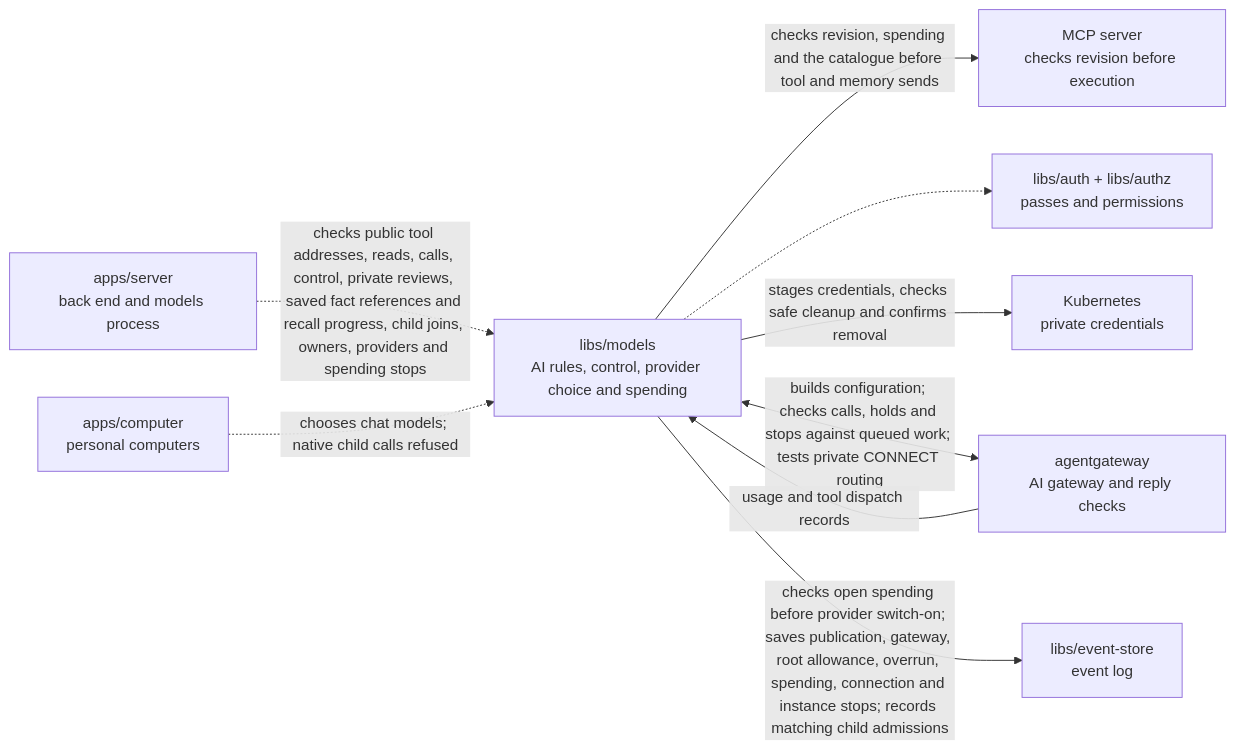
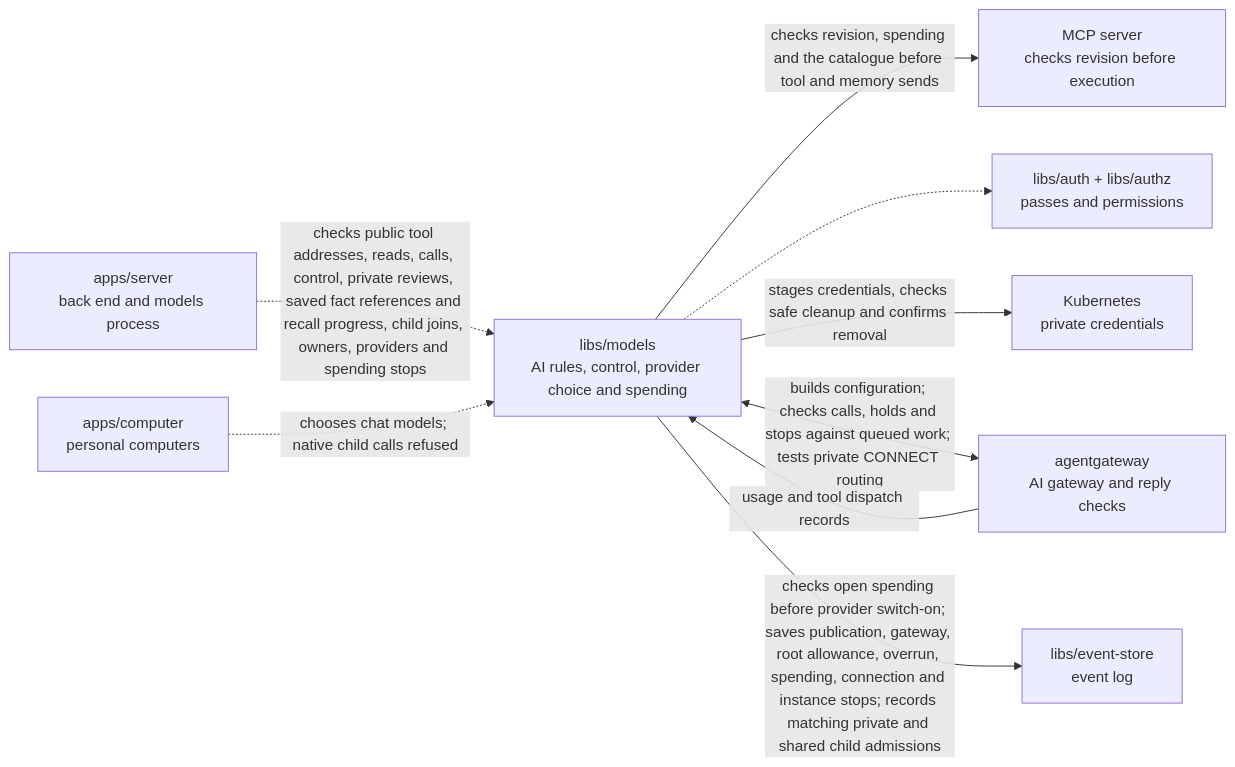
One commit to elewa-git/opencrane-new changed the diagram in libs/models/README.md. Above: the diagram before and after it, drawn with Mermaid. The commit also changed other lines of this file and 9 other files, not shown here.

Commit message:
🧩 Admit shared child descendants with current participation and fixed root fields

````diff
--- a/libs/models/README.md
+++ b/libs/models/README.md
@@ -14,11 +14,11 @@
 ```mermaid
 flowchart LR
   server["apps/server<br/>back end and models process"] -.->|checks public tool addresses, reads, calls, control, private reviews, saved fact references and recall progress, child joins, owners, providers and spending stops| models["libs/models<br/>AI rules, control, provider choice and spending"]
   models -->|checks revision, spending and the catalogue before tool and memory sends| mcp["MCP server<br/>checks revision before execution"]
   computer["apps/computer<br/>personal computers"] -.->|chooses chat models; native child calls refused| models
   models -.-> auth["libs/auth + libs/authz<br/>passes and permissions"]
   models -->|stages credentials, checks safe cleanup and confirms removal| custody["Kubernetes<br/>private credentials"]
   models <-->|builds configuration; checks calls, holds and stops against queued work; tests private CONNECT routing| gateway["agentgateway<br/>AI gateway and reply checks"]
   gateway -->|usage and tool dispatch records| models
-  models -->|checks open spending before provider switch-on; saves publication, gateway, root allowance, overrun, spending, connection and instance stops; records matching child admissions| store["libs/event-store<br/>event log"]
+  models -->|checks open spending before provider switch-on; saves publication, gateway, root allowance, overrun, spending, connection and instance stops; records matching private and shared child admissions| store["libs/event-store<br/>event log"]
 ```
````
